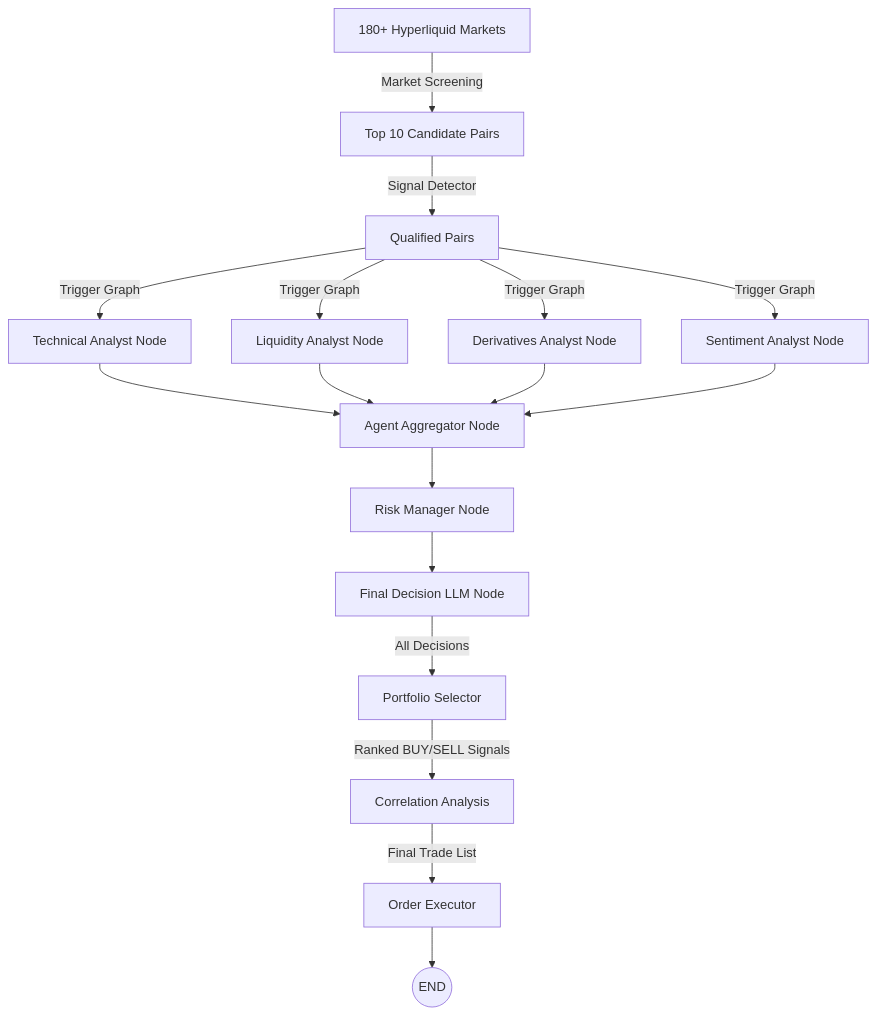
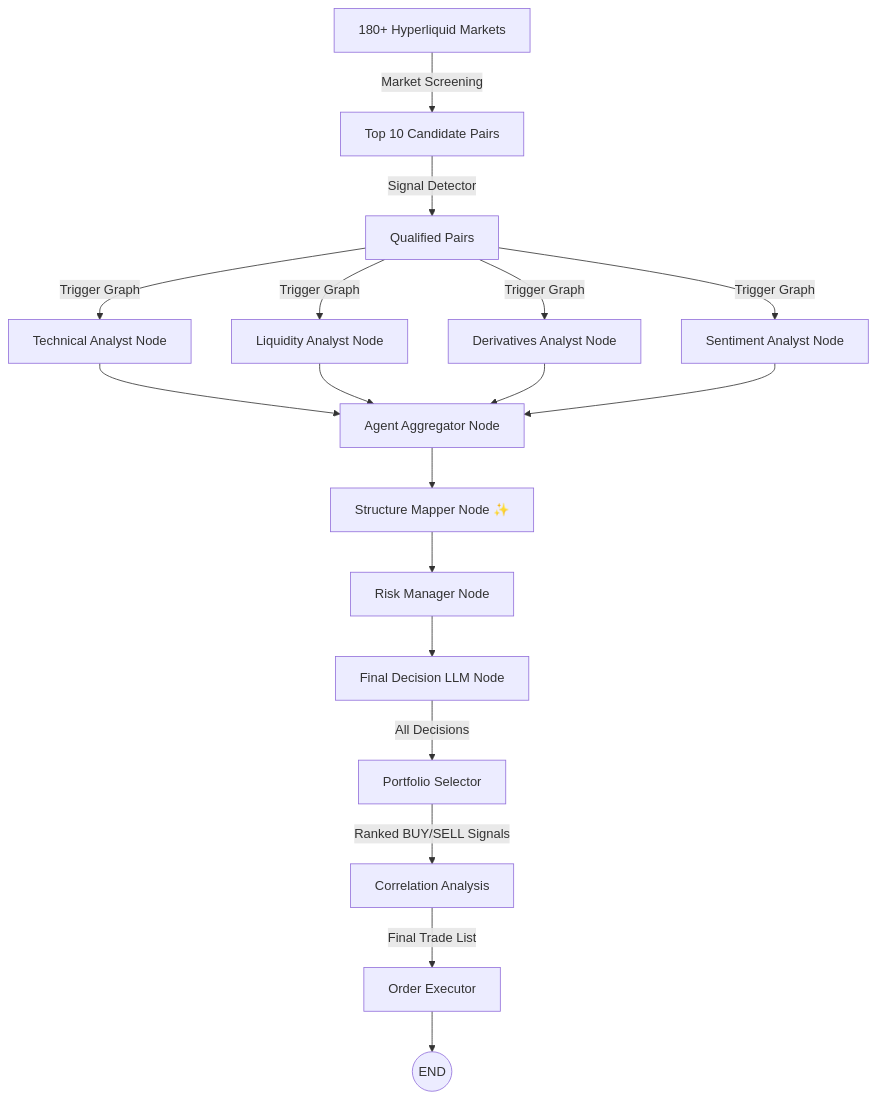
One commit to NasFahmi/dyadix changed the diagram in langgraph_workflow.md. Above: the diagram before and after it, drawn with Mermaid. The commit also changed other lines of this file and 11 other files, not shown here.

Commit message:
add node for structure mapper

````diff
--- a/langgraph_workflow.md
+++ b/langgraph_workflow.md
@@ -11,26 +11,27 @@
 ```mermaid
 graph TD
     %% Pre-processing Layer
     180_Markets[180+ Hyperliquid Markets] -->|Market Screening| Top_10[Top 10 Candidate Pairs]
     Top_10 -->|Signal Detector| Qualified[Qualified Pairs]
     
     %% LangGraph Flow (Event-Driven)
     Qualified -->|Trigger Graph| TA[Technical Analyst Node]
     Qualified -->|Trigger Graph| LA[Liquidity Analyst Node]
     Qualified -->|Trigger Graph| DA[Derivatives Analyst Node]
     Qualified -->|Trigger Graph| SA[Sentiment Analyst Node]
     
     TA --> AGG[Agent Aggregator Node]
     LA --> AGG
     DA --> AGG
     SA --> AGG
     
-    AGG --> RM[Risk Manager Node]
+    AGG --> SM["Structure Mapper Node ✨"]
+    SM --> RM[Risk Manager Node]
     RM --> FD[Final Decision LLM Node]
     
     %% Portfolio & Correlation Filter Layer
     FD -->|All Decisions| PS[Portfolio Selector]
     PS -->|Ranked BUY/SELL Signals| CA[Correlation Analysis]
     CA -->|Final Trade List| Exec[Order Executor]
     Exec --> END((END))
 ```
````
